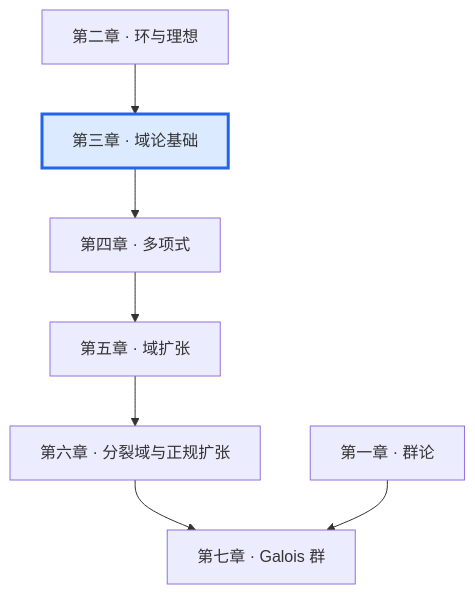
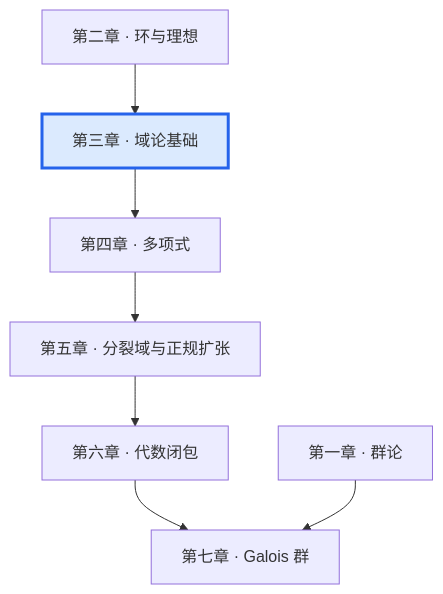
Before and after one commit to author-xyz111/author_0: the diagram in docs/chapters/03-fields/index.md, drawn with Mermaid. The commit also changed 3 other files, not shown here.

First line of the commit message:
fix: sidebar nav, mermaid labels, ch02 format, and enrich §2.3 to textbook depth

````diff
--- a/docs/chapters/03-fields/index.md
+++ b/docs/chapters/03-fields/index.md
@@ -40,12 +40,12 @@
 ```mermaid
 graph TB
     R[第二章 · 环与理想] --> F[第三章 · 域论基础]
     F --> P[第四章 · 多项式]
-    P --> FE[第五章 · 域扩张]
-    FE --> SF[第六章 · 分裂域与正规扩张]
+    P --> FE[第五章 · 分裂域与正规扩张]
+    FE --> SF[第六章 · 代数闭包]
     SF --> GG[第七章 · Galois 群]
     
     G[第一章 · 群论] --> GG
     
     style F fill:#dbeafe,stroke:#2563eb,stroke-width:3px
 ```
````
